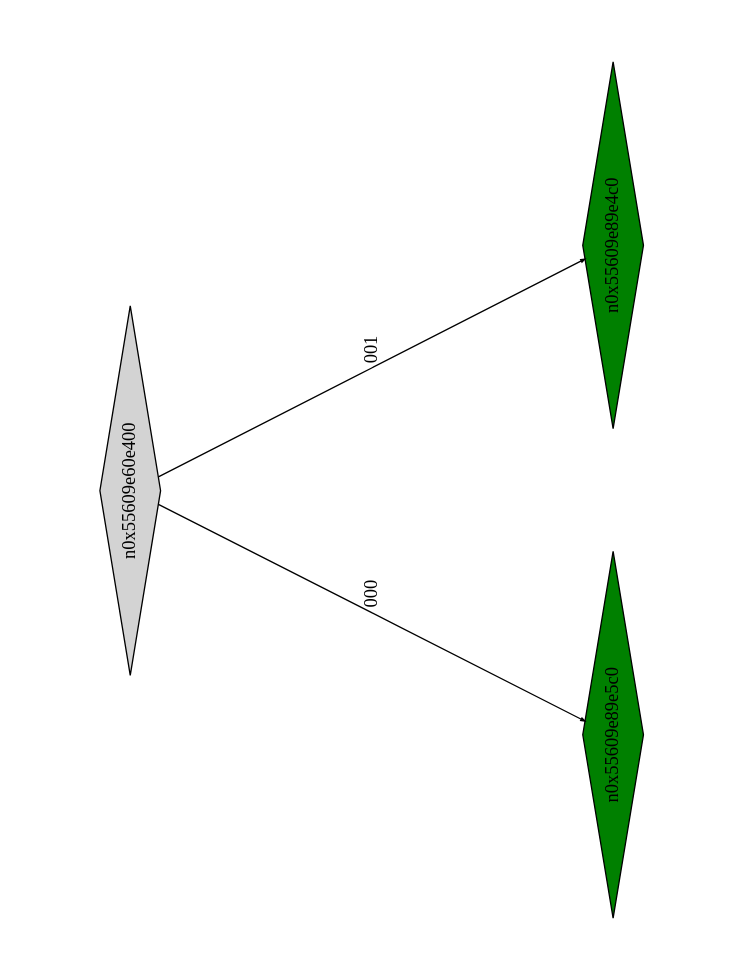
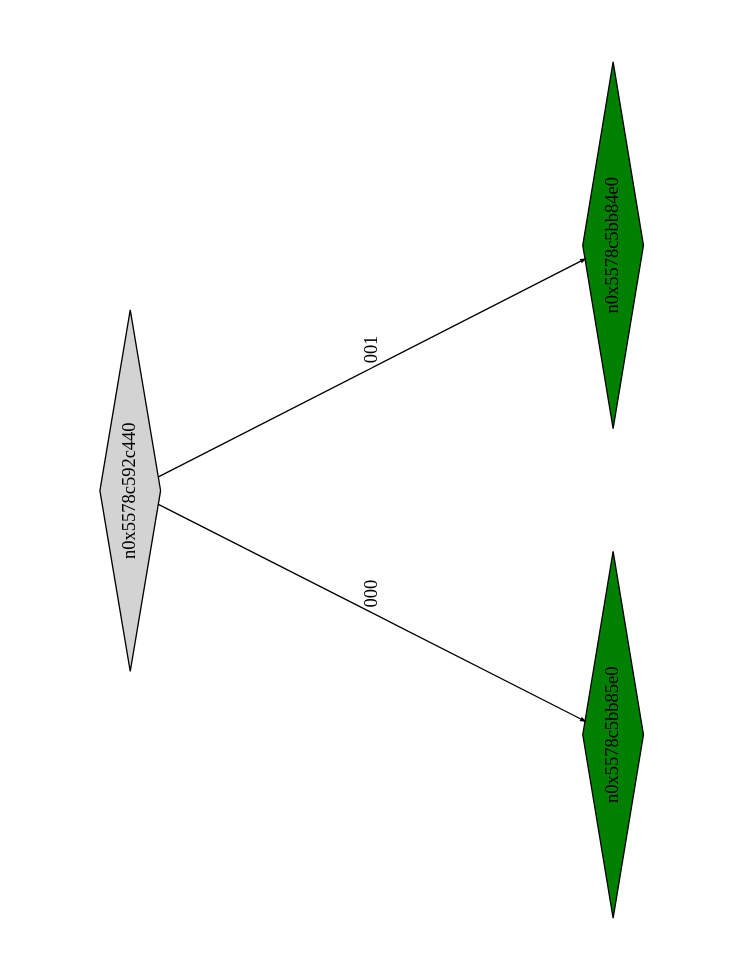
Before and after one commit to Research-Tools-PAVT/PSE-Program-Examples: the diagram in example4_klee_out/ptree_00000756.dot, drawn with Graphviz. The commit also changed 46 other files, not shown here.

```diff
--- a/example4_klee_out/ptree_00000756.dot
+++ b/example4_klee_out/ptree_00000756.dot
@@ -1,13 +1,13 @@
 digraph G {
 	size="10,7.5";
 	ratio=fill;
 	rotate=90;
 	center = "true";
 	node [style="filled",width=.1,height=.1,fontname="Terminus"]
 	edge [arrowsize=.3]
-	n0x55609e60e400 [shape=diamond];
-	n0x55609e60e400 -> n0x55609e89e5c0 [label=000];
-	n0x55609e60e400 -> n0x55609e89e4c0 [label=001];
-	n0x55609e89e4c0 [shape=diamond,fillcolor=green];
-	n0x55609e89e5c0 [shape=diamond,fillcolor=green];
+	n0x5578c592c440 [shape=diamond];
+	n0x5578c592c440 -> n0x5578c5bb85e0 [label=000];
+	n0x5578c592c440 -> n0x5578c5bb84e0 [label=001];
+	n0x5578c5bb84e0 [shape=diamond,fillcolor=green];
+	n0x5578c5bb85e0 [shape=diamond,fillcolor=green];
 }
```
